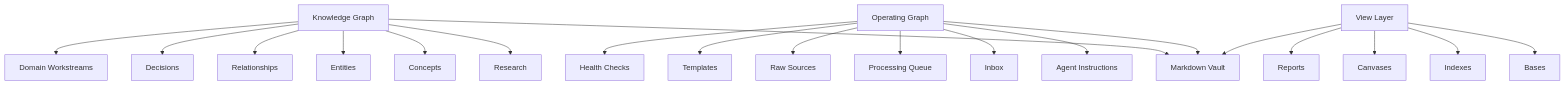
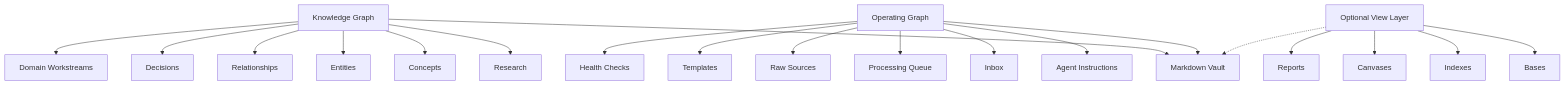
The first of 4 diagrams in skills/vault/references/vault-operating-model.md (pariyar07/ariadne), drawn with Mermaid before and after one commit. The commit also changed other lines of this file and 40 other files, not shown here.

````diff
--- a/skills/vault/references/vault-operating-model.md
+++ b/skills/vault/references/vault-operating-model.md
@@ -11,25 +11,25 @@
 ```mermaid
 flowchart TB
   K[Knowledge Graph] --> V[Markdown Vault]
   O[Operating Graph] --> V
-  W[View Layer] --> V
+  W[Optional View Layer] -.-> V
 
   K --> K1[Research]
   K --> K2[Concepts]
   K --> K3[Entities]
   K --> K4[Relationships]
   K --> K5[Decisions]
   K --> K6[Domain Workstreams]
 
   O --> O1[Agent Instructions]
   O --> O2[Inbox]
   O --> O3[Processing Queue]
   O --> O4[Raw Sources]
   O --> O5[Templates]
   O --> O6[Health Checks]
 
   W --> W1[Bases]
   W --> W2[Indexes]
   W --> W3[Canvases]
   W --> W4[Reports]
 ```
````
